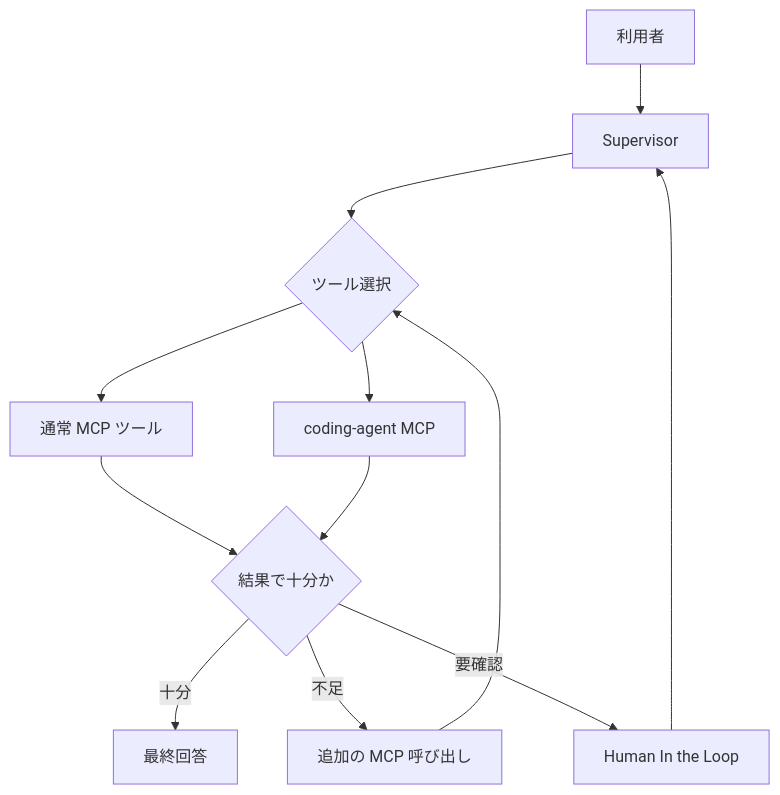
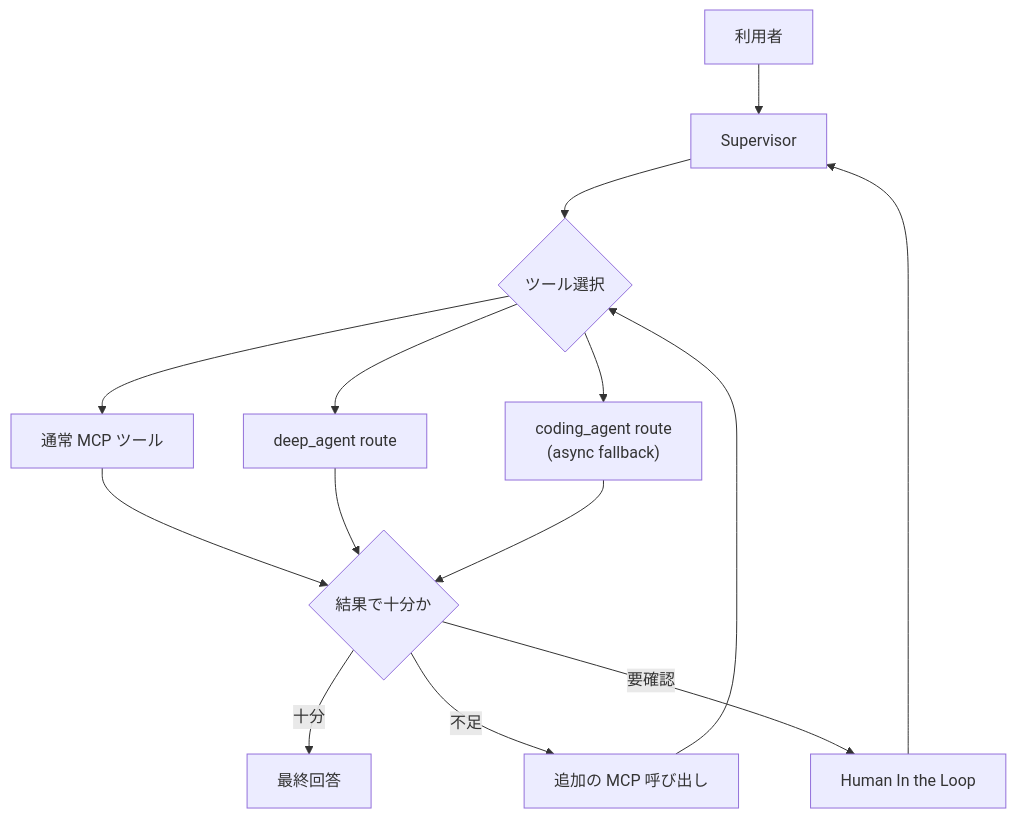
One commit to knd3dayo/ai-platform-poc changed the diagram in docs/11_検証/03_スーパーバイザーのツール選択とMCP結果判断の検証.md. Above: the diagram before and after it, drawn with Mermaid. The commit also changed other lines of this file and 34 other files, not shown here.

````diff
--- a/docs/11_検証/03_スーパーバイザーのツール選択とMCP結果判断の検証.md
+++ b/docs/11_検証/03_スーパーバイザーのツール選択とMCP結果判断の検証.md
@@ -93,14 +103,16 @@
 ```mermaid
 flowchart TD
   user["利用者"] --> sv["Supervisor"]
   sv --> selector{"ツール選択"}
   selector --> normal["通常 MCP ツール"]
-  selector --> coding["coding-agent MCP"]
+  selector --> deep["deep_agent route"]
+  selector --> coding["coding_agent route\n(async fallback)"]
   normal --> judge{"結果で十分か"}
+  deep --> judge
   coding --> judge
   judge -->|十分| answer["最終回答"]
   judge -->|不足| reask["追加の MCP 呼び出し"]
   judge -->|要確認| hitl["Human In the Loop"]
   reask --> selector
   hitl --> sv
 ```
````
